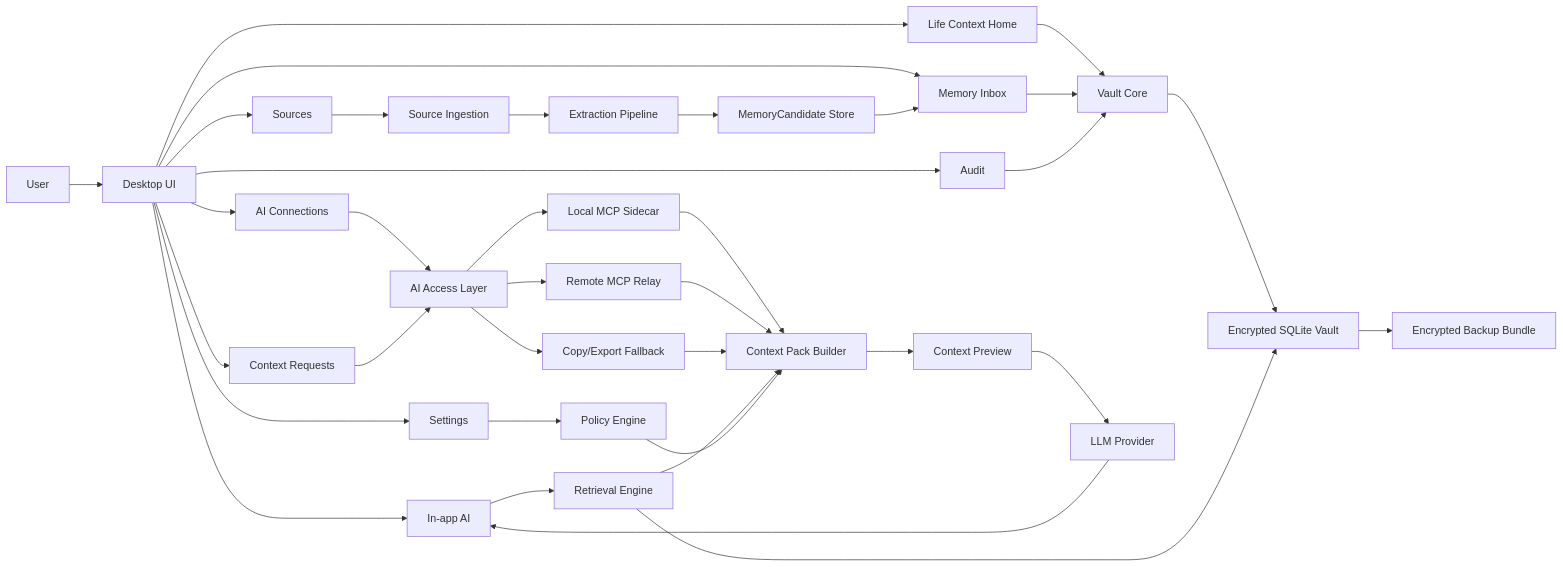
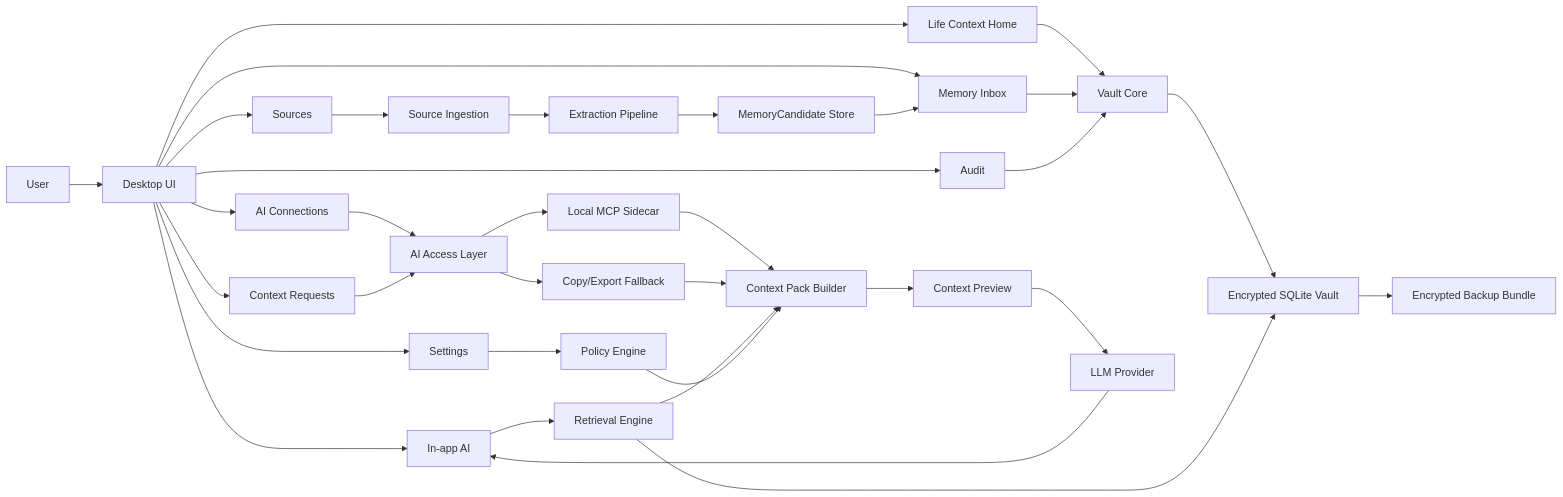
One commit to Kota-Ohno/life-context-vault changed the diagram in docs/life-context-vault-architecture.md. Above: the diagram before and after it, drawn with Mermaid. The commit also changed other lines of this file and 11 other files, not shown here.

First line of the commit message:
docs: correct architecture to 2-binary local-MCP reality; remove relay docs (post Simplify 1.1)

````diff
--- a/docs/life-context-vault-architecture.md
+++ b/docs/life-context-vault-architecture.md
@@ -45,41 +45,39 @@
 ```mermaid
 flowchart LR
   User["User"] --> UI["Desktop UI"]
   UI --> Home["Life Context Home"]
   UI --> Inbox["Memory Inbox"]
   UI --> Ask["In-app AI"]
   UI --> Sources["Sources"]
   UI --> Settings["Settings"]
   UI --> Connections["AI Connections"]
   UI --> Requests["Context Requests"]
   UI --> Audit["Audit"]
 
   Home --> Core["Vault Core"]
   Inbox --> Core["Vault Core"]
   Ask --> Retrieval["Retrieval Engine"]
   Connections --> Access["AI Access Layer"]
   Requests --> Access
   Sources --> Ingest["Source Ingestion"]
   Settings --> Policy["Policy Engine"]
   Audit --> Core
 
   Ingest --> Extract["Extraction Pipeline"]
   Extract --> Candidates["MemoryCandidate Store"]
   Candidates --> Inbox
 
   Core --> DB["Encrypted SQLite Vault"]
   Access --> MCP["Local MCP Sidecar"]
-  Access --> Relay["Remote MCP Relay"]
   Access --> Copy["Copy/Export Fallback"]
   MCP --> Pack
-  Relay --> Pack
   Copy --> Pack
   Retrieval --> DB
   Retrieval --> Pack["Context Pack Builder"]
   Policy --> Pack
   Pack --> Consent["Context Preview"]
   Consent --> LLM["LLM Provider"]
   LLM --> Ask
 
   DB --> Backup["Encrypted Backup Bundle"]
 ```
````
